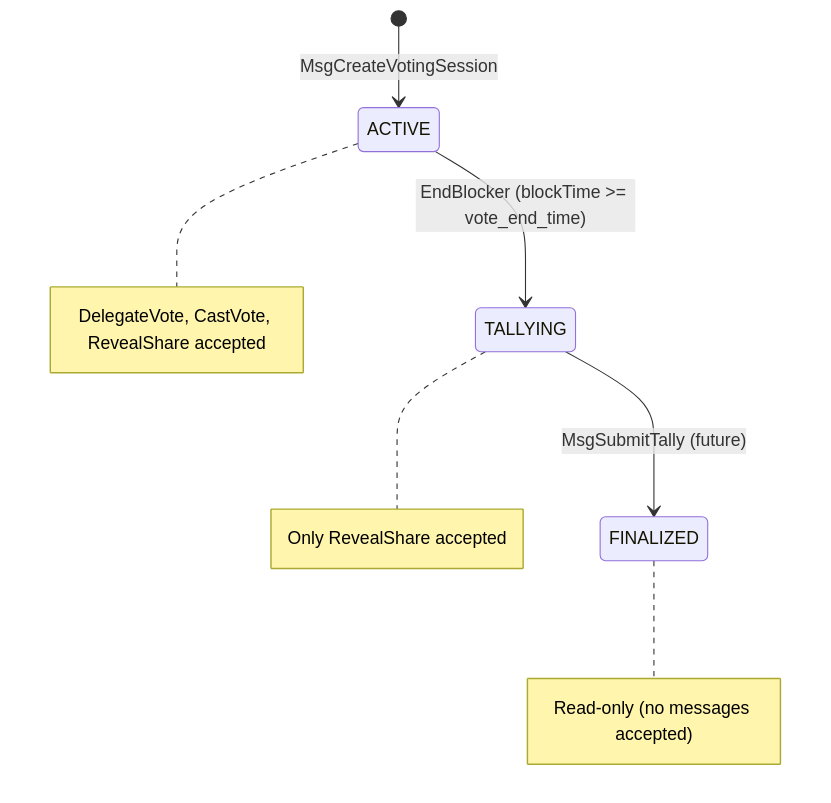
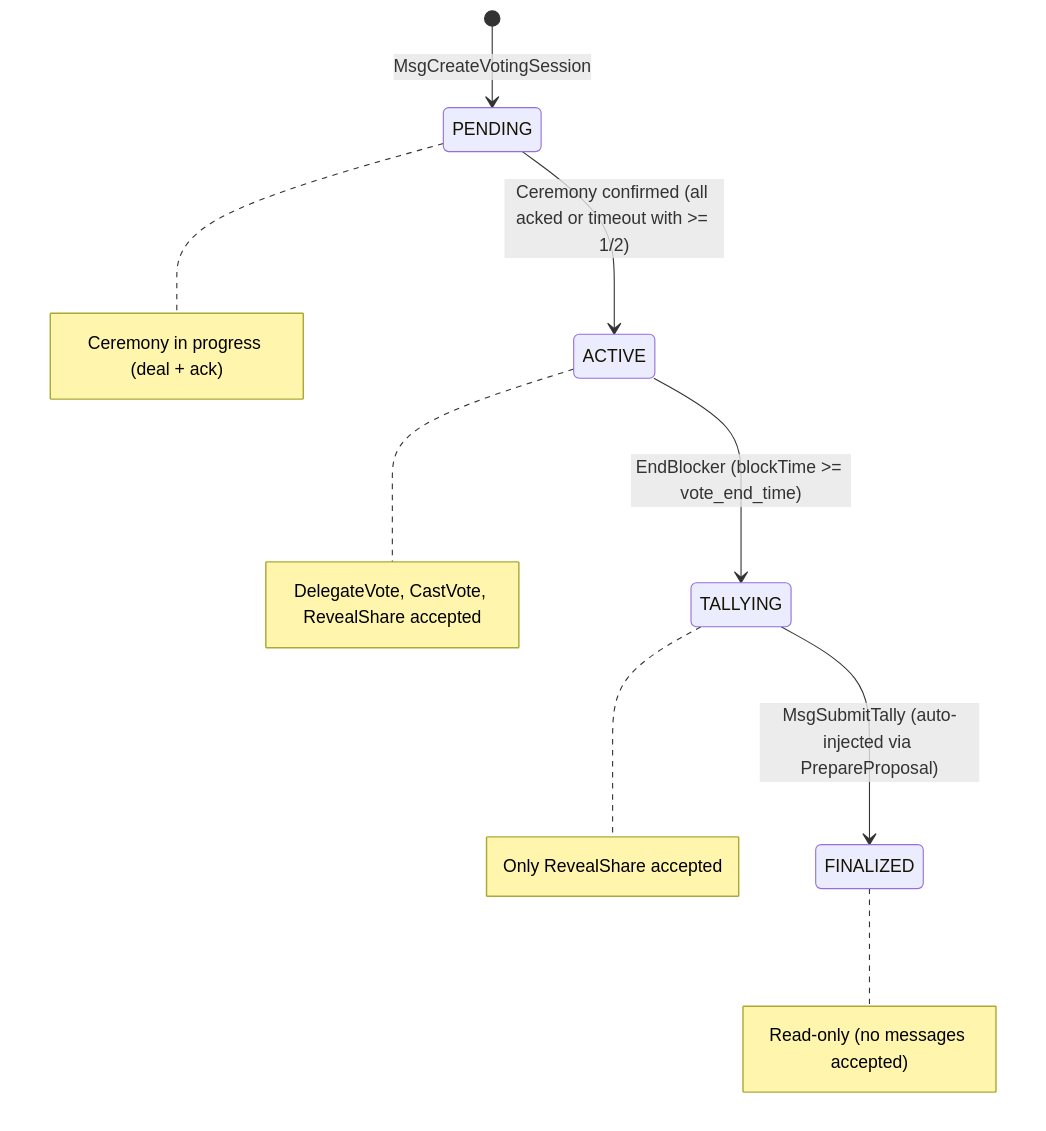
Before and after one commit to valargroup/vote-sdk: the diagram in docs/session-status-lifecycle.md, drawn with Mermaid. The commit also changed other lines of this file and 6 other files, not shown here.

````diff
--- a/docs/session-status-lifecycle.md
+++ b/docs/session-status-lifecycle.md
@@ -7,10 +7,12 @@
 ```mermaid
 stateDiagram-v2
-    [*] --> ACTIVE: MsgCreateVotingSession
+    [*] --> PENDING: MsgCreateVotingSession
+    PENDING --> ACTIVE: Ceremony confirmed (all acked or timeout with >= 1/2)
     ACTIVE --> TALLYING: EndBlocker (blockTime >= vote_end_time)
-    TALLYING --> FINALIZED: MsgSubmitTally (future)
+    TALLYING --> FINALIZED: MsgSubmitTally (auto-injected via PrepareProposal)
 
+    note right of PENDING: Ceremony in progress (deal + ack)
     note right of ACTIVE: DelegateVote, CastVote, RevealShare accepted
     note right of TALLYING: Only RevealShare accepted
     note right of FINALIZED: Read-only (no messages accepted)
 ```
````
